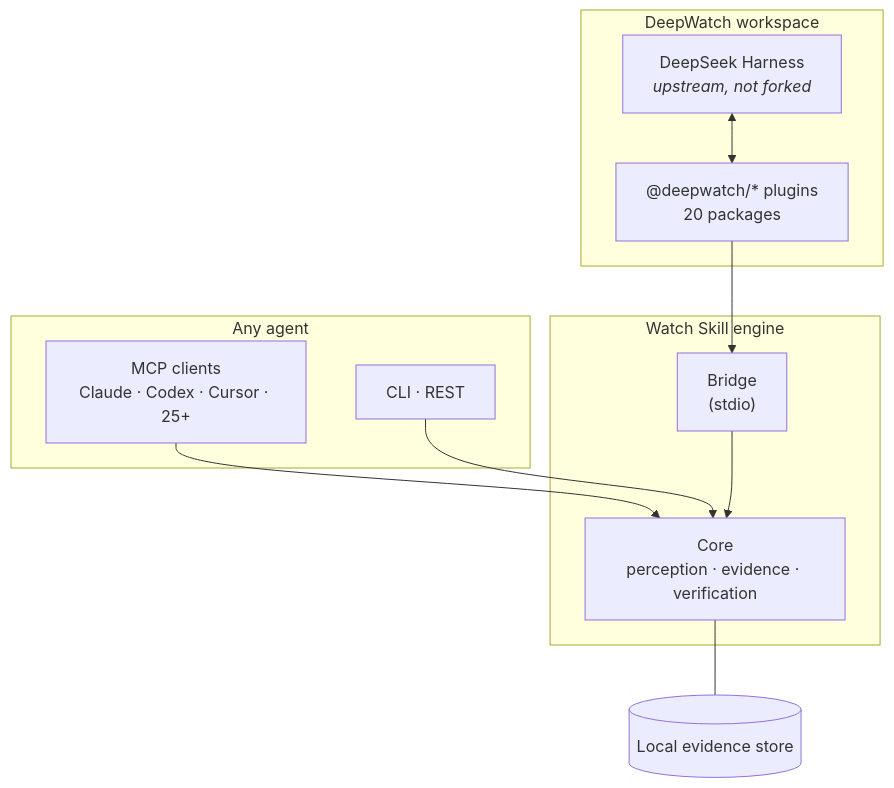
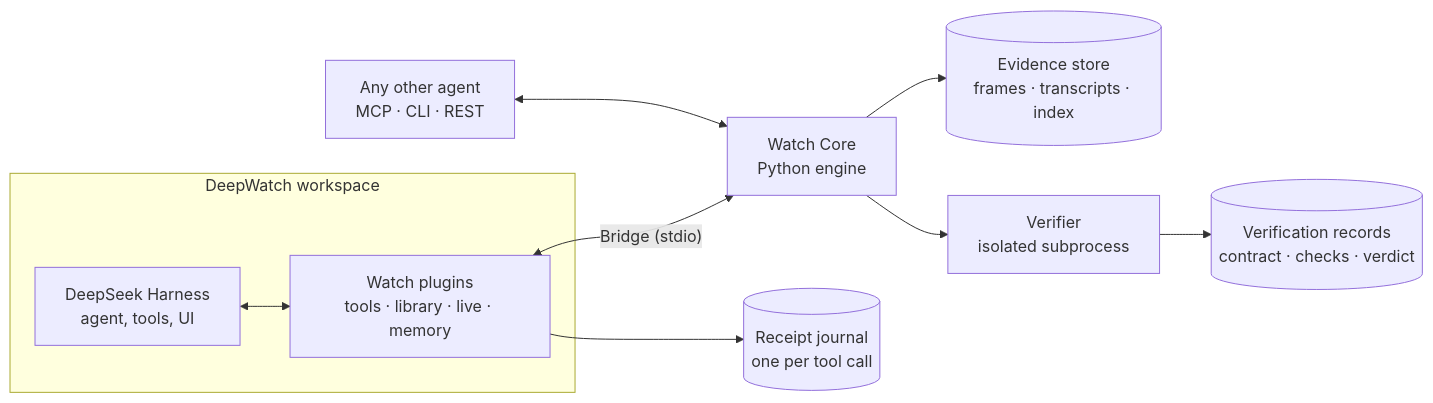
One commit to oxbshw/watch-skill changed the diagram in README.md. Above: the diagram before and after it, drawn with Mermaid. The commit also changed other lines of this file and 1 other file, not shown here.

````diff
--- a/README.md
+++ b/README.md
@@ -205,20 +171,14 @@
 ```mermaid
-flowchart TB
-  subgraph Clients["Any agent"]
-    MCP["MCP clients<br/>Claude · Codex · Cursor · 25+"]
-    CLI["CLI · REST"]
+flowchart LR
+  subgraph W["DeepWatch workspace"]
+    H["DeepSeek Harness<br/>agent, tools, UI"]
+    P["Watch plugins<br/>tools · library · live · memory"]
+    H <--> P
   end
-  subgraph DW["DeepWatch workspace"]
-    H["DeepSeek Harness<br/><i>upstream, not forked</i>"]
-    P["@deepwatch/* plugins<br/>20 packages"]
-  end
-  subgraph WS["Watch Skill engine"]
-    B["Bridge<br/>(stdio)"]
-    C["Core<br/>perception · evidence · verification"]
-  end
-  MCP --> C
-  CLI --> C
-  H <--> P
-  P --> B --> C
-  C --- S[("Local evidence store")]
+  P <-->|"Bridge (stdio)"| C["Watch Core<br/>Python engine"]
+  C --> E[("Evidence store<br/>frames · transcripts · index")]
+  C --> V["Verifier<br/>isolated subprocess"]
+  V --> R[("Verification records<br/>contract · checks · verdict")]
+  P --> J[("Receipt journal<br/>one per tool call")]
+  A["Any other agent<br/>MCP · CLI · REST"] <--> C
 ```
````
